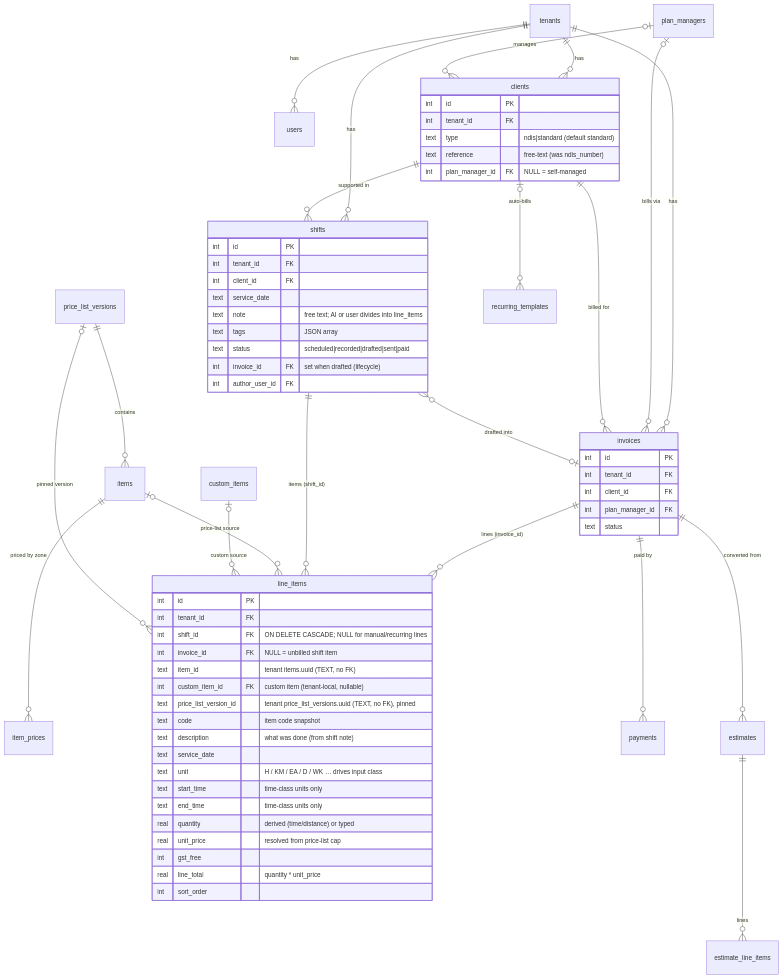
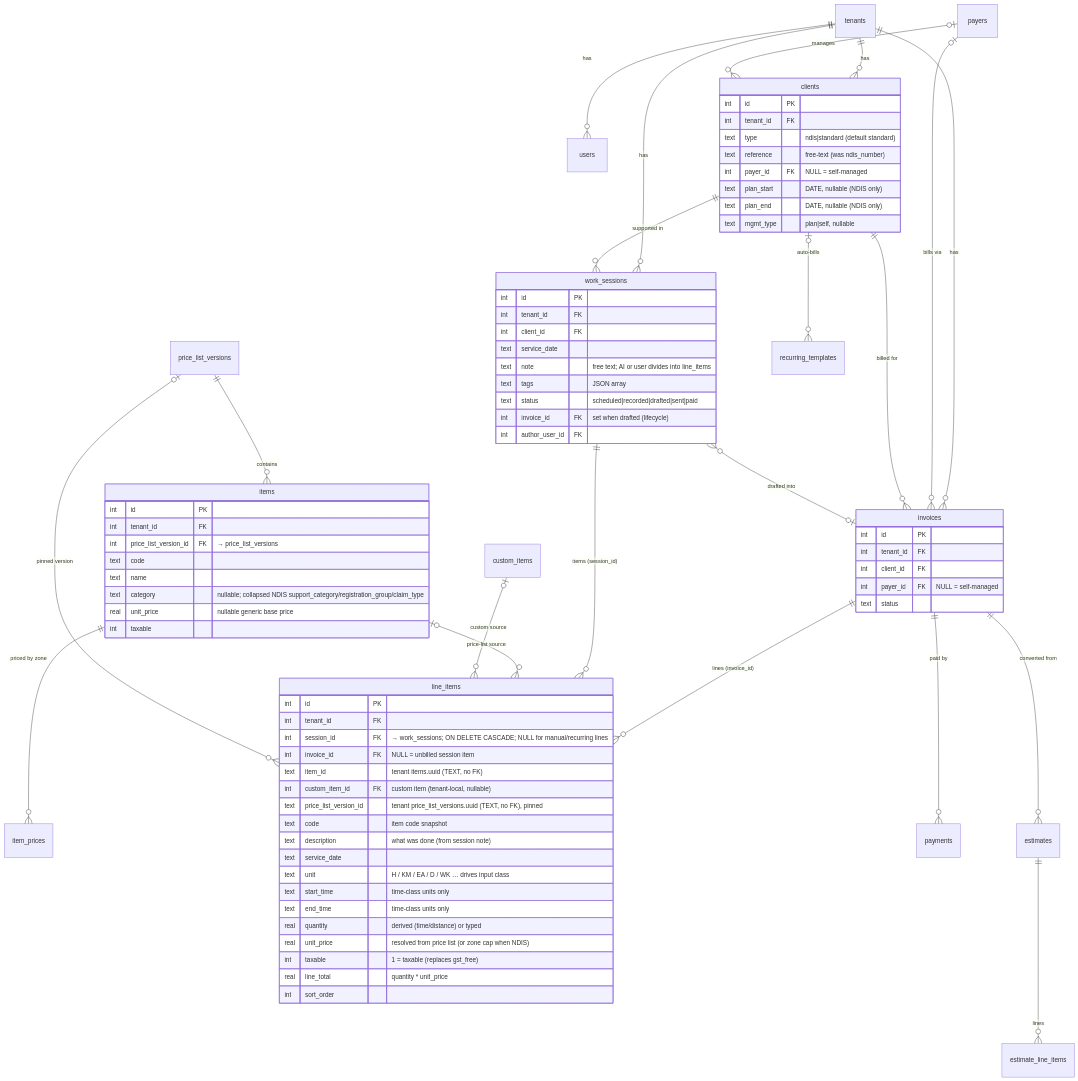
One commit to dknathalage/tallyo changed the diagram in docs/data-model.md. Above: the diagram before and after it, drawn with Mermaid. The commit also changed other lines of this file and 2 other files, not shown here.

Commit message:
docs: update CLAUDE.md + ERDs for generic invoicing (de-NDIS)
Claude-Session: https://claude.ai/code/session_01RyAawmYdzjC8oLaL5wSLrB

````diff
--- a/docs/data-model.md
+++ b/docs/data-model.md
@@ -31,19 +34,19 @@
     tenants ||--o{ users : has
     tenants ||--o{ clients : has
     tenants ||--o{ invoices : has
-    tenants ||--o{ shifts : has
+    tenants ||--o{ work_sessions : has
 
-    plan_managers |o--o{ clients : manages
-    plan_managers |o--o{ invoices : "bills via"
-    clients ||--o{ shifts : "supported in"
+    payers |o--o{ clients : manages
+    payers |o--o{ invoices : "bills via"
+    clients ||--o{ work_sessions : "supported in"
     clients ||--o{ invoices : "billed for"
 
     price_list_versions ||--o{ items : contains
     items ||--o{ item_prices : "priced by zone"
 
     invoices ||--o{ line_items : "lines (invoice_id)"
-    shifts   ||--o{ line_items : "items (shift_id)"
-    shifts   }o--o| invoices : "drafted into"
+    work_sessions ||--o{ line_items : "items (session_id)"
+    work_sessions }o--o| invoices : "drafted into"
     items |o--o{ line_items : "price-list source"
     custom_items  |o--o{ line_items : "custom source"
     price_list_versions |o--o{ line_items : "pinned version"
@@ -56,25 +59,25 @@
     line_items {
         int     id PK
         int     tenant_id FK
-        int     shift_id   FK "ON DELETE CASCADE; NULL for manual/recurring lines"
-        int     invoice_id FK "NULL = unbilled shift item"
+        int     session_id FK "→ work_sessions; ON DELETE CASCADE; NULL for manual/recurring lines"
+        int     invoice_id FK "NULL = unbilled session item"
         text    item_id "tenant items.uuid (TEXT, no FK)"
         int     custom_item_id  FK "custom item (tenant-local, nullable)"
         text    price_list_version_id "tenant price_list_versions.uuid (TEXT, no FK), pinned"
         text    code "item code snapshot"
-        text    description "what was done (from shift note)"
+        text    description "what was done (from session note)"
         text    service_date
         text    unit "H / KM / EA / D / WK … drives input class"
         text    start_time "time-class units only"
         text    end_time   "time-class units only"
         real    quantity "derived (time/distance) or typed"
-        real    unit_price "resolved from price-list cap"
-        int     gst_free
+        real    unit_price "resolved from price list (or zone cap when NDIS)"
+        int     taxable "1 = taxable (replaces gst_free)"
         real    line_total "quantity * unit_price"
         int     sort_order
     }
 
-    shifts {
+    work_sessions {
         int  id PK
         int  tenant_id FK
         int  client_id FK
@@ -90,7 +93,7 @@
         int  id PK
         int  tenant_id FK
         int  client_id FK
-        int  plan_manager_id FK
+        int  payer_id FK "NULL = self-managed"
         text status
     }
 
@@ -99,6 +102,20 @@
         int  tenant_id FK
         text type "ndis|standard (default standard)"
         text reference "free-text (was ndis_number)"
-        int  plan_manager_id FK "NULL = self-managed"
+        int  payer_id FK "NULL = self-managed"
+        text plan_start "DATE, nullable (NDIS only)"
+        text plan_end "DATE, nullable (NDIS only)"
+        text mgmt_type "plan|self, nullable"
+    }
+
+    items {
+        int  id PK
+        int  tenant_id FK
+        int  price_list_version_id FK "→ price_list_versions"
+        text code
+        text name
+        text category "nullable; collapsed NDIS support_category/registration_group/claim_type"
+        real unit_price "nullable generic base price"
+        int  taxable
     }
 ```
````
